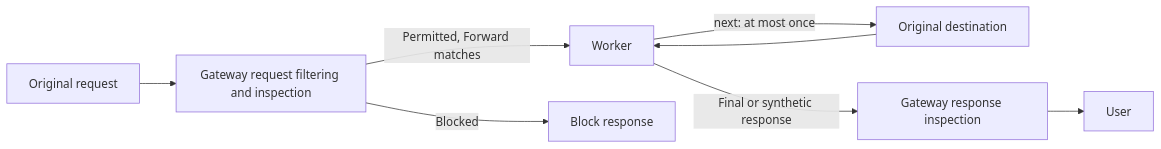
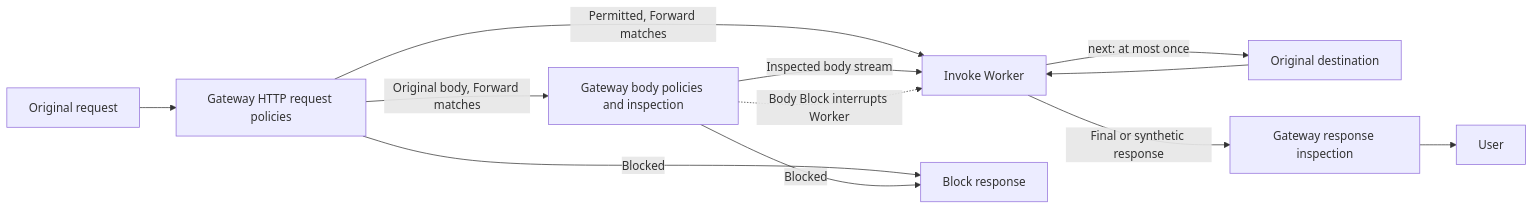
One commit to cloudflare/cloudflare-docs changed the diagram in src/content/docs/cloudflare-one/traffic-controls/integrate-workers/forward-traffic.mdx. Above: the diagram before and after it, drawn with Mermaid. The commit also changed other lines of this file and 11 other files, not shown here.

````diff
--- a/src/content/docs/cloudflare-one/traffic-controls/integrate-workers/forward-traffic.mdx
+++ b/src/content/docs/cloudflare-one/traffic-controls/integrate-workers/forward-traffic.mdx
@@ -27,12 +33,16 @@
 ```mermaid
 flowchart LR
     accTitle: Gateway Forward request and response flow
-    accDescr: Gateway filters the original request, invokes the first matching Worker for permitted traffic, and inspects the final response before returning it to the user.
-    A["Original request"] --> B["Gateway request filtering and inspection"]
-    B -->|Permitted, Forward matches| C["Worker"]
+    accDescr: Gateway evaluates HTTP request policies, then Forward policies, and invokes the first matching Worker before body policies and inspection. It inspects the original body before delivering it to the Worker. A Block decision from body policies or inspection can interrupt the Worker. Gateway inspects the final response before returning it to the user.
+    A["Original request"] --> B["Gateway HTTP request policies"]
+    B -->|Permitted, Forward matches| C["Invoke Worker"]
     B -->|Blocked| X["Block response"]
+    B -->|Original body, Forward matches| I["Gateway body policies and inspection"]
+    I -->|Inspected body stream| C
+    I -->|Blocked| X
+    I -.->|Body Block interrupts Worker| C
     C -->|next: at most once| D["Original destination"]
     D --> C
     C -->|Final or synthetic response| E["Gateway response inspection"]
     E --> F["User"]
 ```
````
